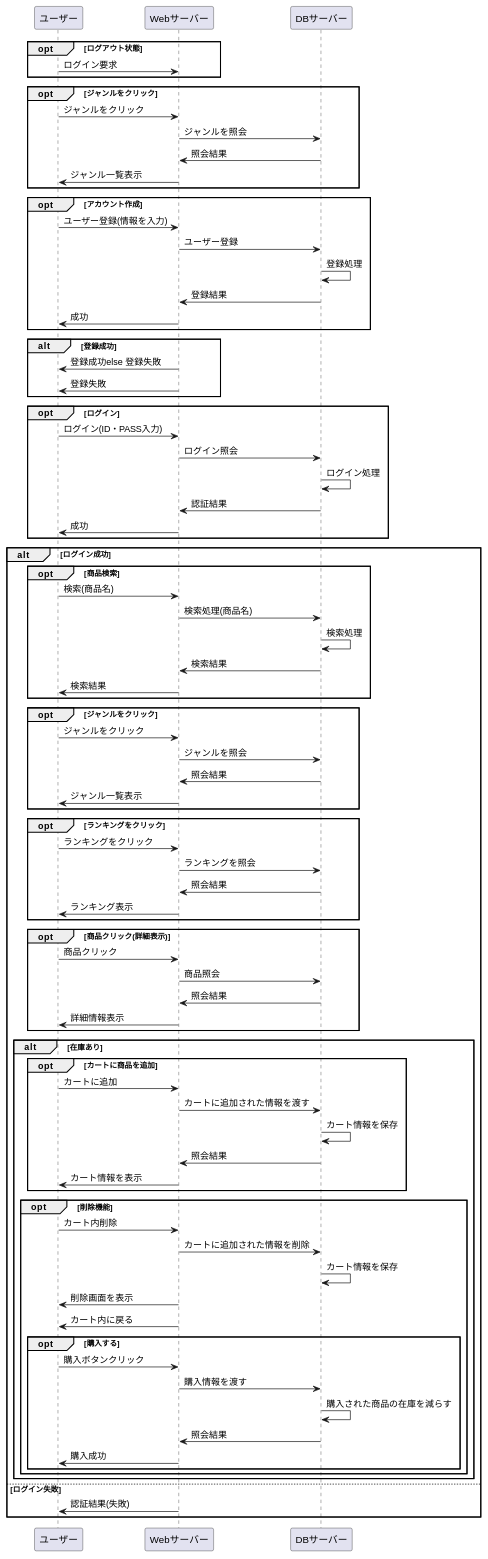
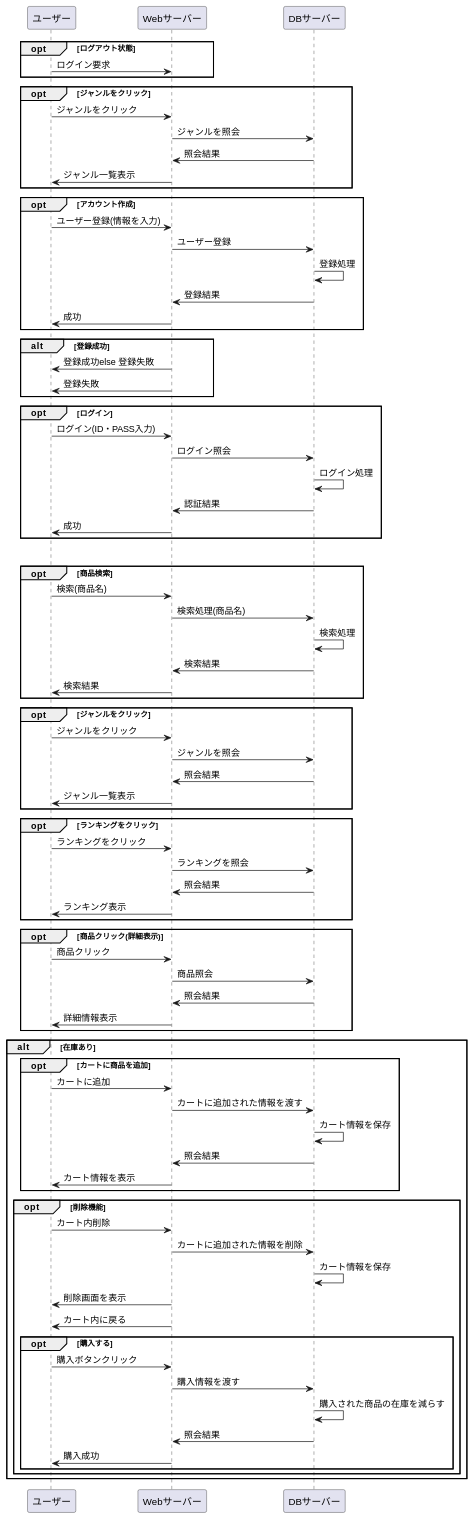
Before and after one commit to Aso2001154/2021sys-design: the diagram in stationary/業務フロー/kari1.md, drawn with PlantUML.

````diff
--- a/stationary/業務フロー/kari1.md
+++ b/stationary/業務フロー/kari1.md
@@ -92,9 +92,6 @@
 end
 
 
-else ログイン失敗
-Webサーバー -> ユーザー : 認証結果(失敗)
-end
 
 @enduml
 ```
````
